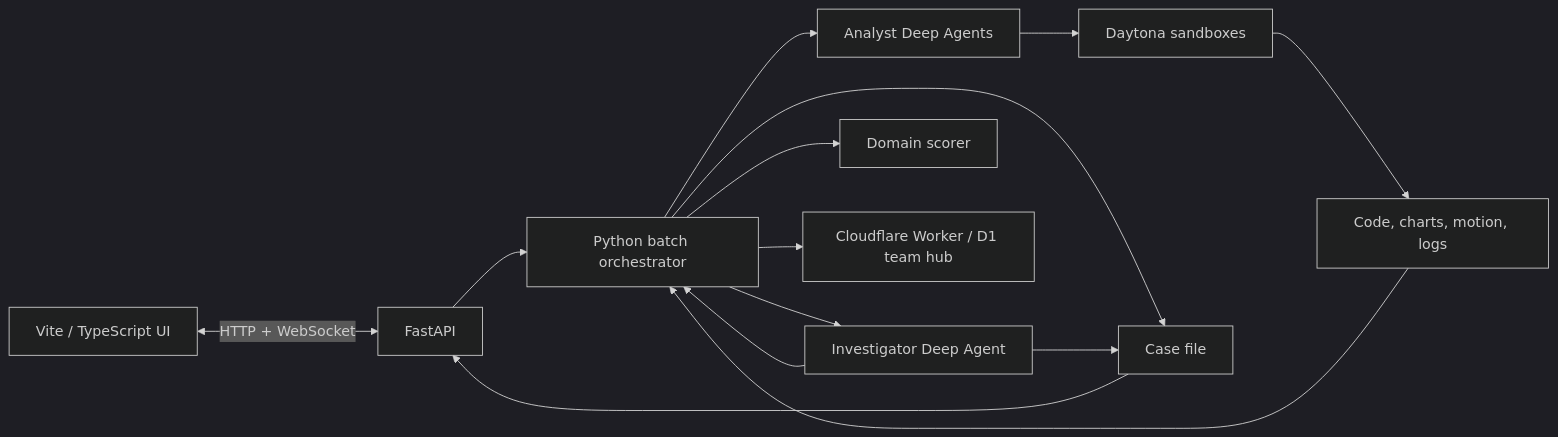
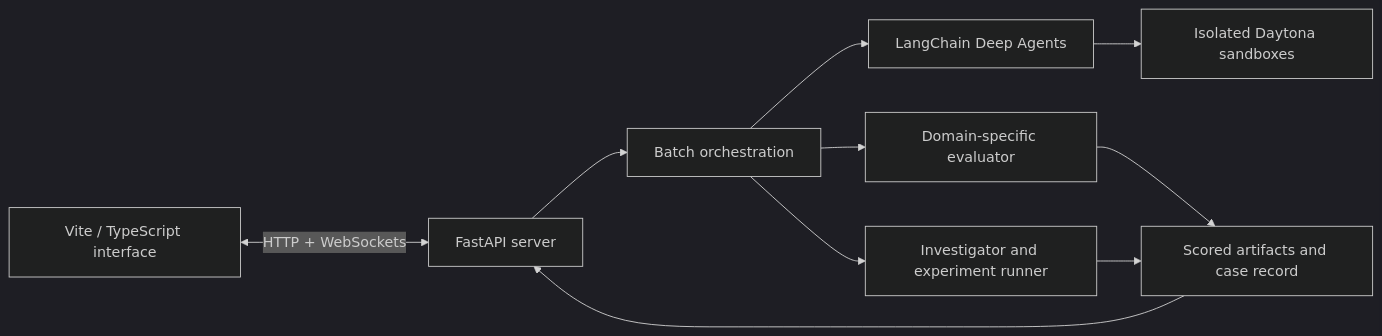
One commit to AndresL230/deep-research changed the fourth of 4 diagrams in README.md. Above: the diagram before and after it, drawn with Mermaid (dark theme). The commit also changed other lines of this file, not shown here.

````diff
--- a/README.md
+++ b/README.md
@@ -214,16 +169,12 @@
 ```mermaid
 flowchart LR
-    UI["Vite / TypeScript UI"] <-->|"HTTP + WebSocket"| API["FastAPI"]
-    API --> B["Python batch orchestrator"]
-    B --> AG["Analyst Deep Agents"]
-    B --> INV["Investigator Deep Agent"]
-    AG --> VM["Daytona sandboxes"]
-    B --> SC["Domain scorer"]
-    B --> CF["Case file"]
-    INV --> CF
-    INV --> B
-    CF --> API
-    B --> HUB["Cloudflare Worker / D1 team hub"]
-    VM --> ART["Code, charts, motion, logs"]
-    ART --> B
+    WEB["Vite / TypeScript interface"] <-->|"HTTP + WebSockets"| API["FastAPI server"]
+    API --> ORCH["Batch orchestration"]
+    ORCH --> AGENTS["LangChain Deep Agents"]
+    AGENTS --> VM["Isolated Daytona sandboxes"]
+    ORCH --> EVAL["Domain-specific evaluator"]
+    ORCH --> INV["Investigator and experiment runner"]
+    EVAL --> CASE["Scored artifacts and case record"]
+    INV --> CASE
+    CASE --> API
 ```
````
